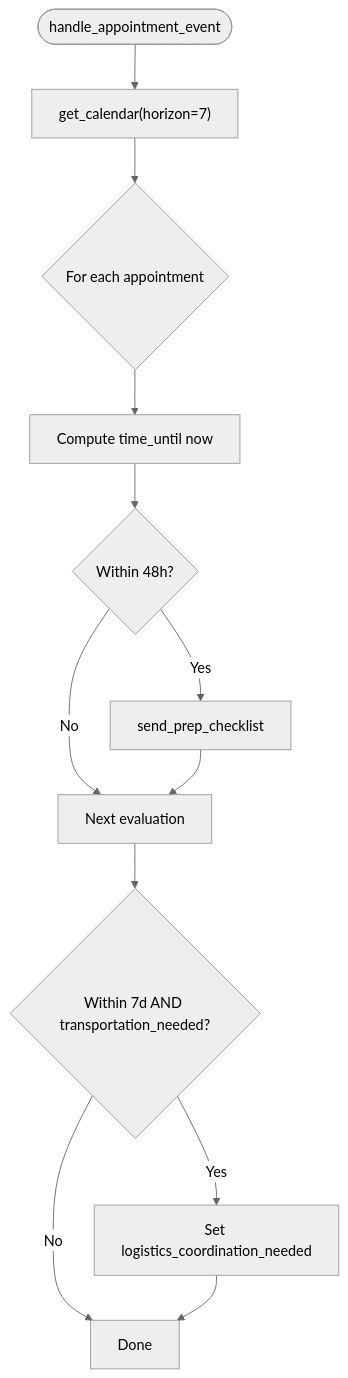
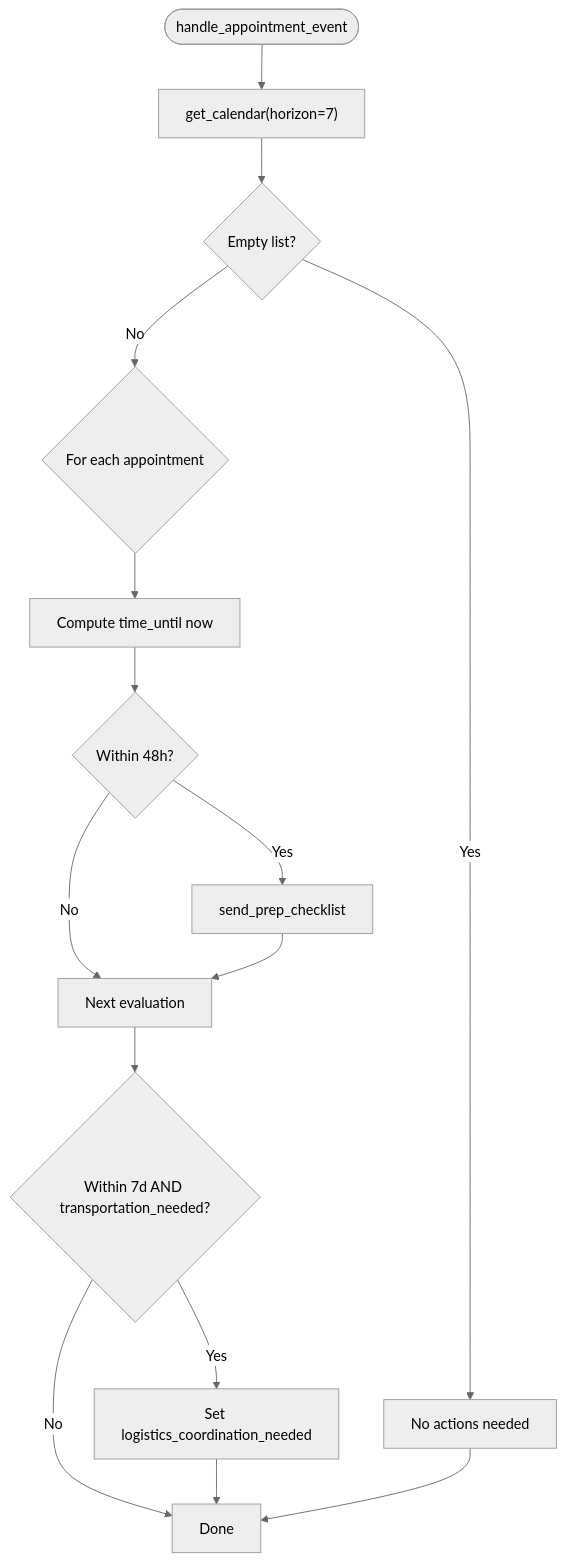
One commit to infamous-rebel/CareBridge changed the fourth of 5 diagrams in .qoder/repowiki/en/content/External Integrations/Appointment Tools.md. Above: the diagram before and after it, drawn with Mermaid (neutral theme). The commit also changed other lines of this file and 6 other files, not shown here.

````diff
--- a/.qoder/repowiki/en/content/External Integrations/Appointment Tools.md
+++ b/.qoder/repowiki/en/content/External Integrations/Appointment Tools.md
@@ -210,14 +224,17 @@
 ```mermaid
 flowchart TD
 Entry(["handle_appointment_event"]) --> GetCal["get_calendar(horizon=7)"]
-GetCal --> Loop{"For each appointment"}
+GetCal --> CheckEmpty{"Empty list?"}
+CheckEmpty --> |Yes| NoActions["No actions needed"]
+CheckEmpty --> |No| Loop{"For each appointment"}
 Loop --> TimeCalc["Compute time_until now"]
 TimeCalc --> Check48{"Within 48h?"}
 Check48 --> |Yes| SendChecklist["send_prep_checklist"]
 Check48 --> |No| NextEval["Next evaluation"]
 SendChecklist --> NextEval
 NextEval --> Check7d{"Within 7d AND transportation_needed?"}
 Check7d --> |Yes| FlagTransport["Set logistics_coordination_needed"]
 Check7d --> |No| Done["Done"]
 FlagTransport --> Done
+NoActions --> Done
 ```
````
